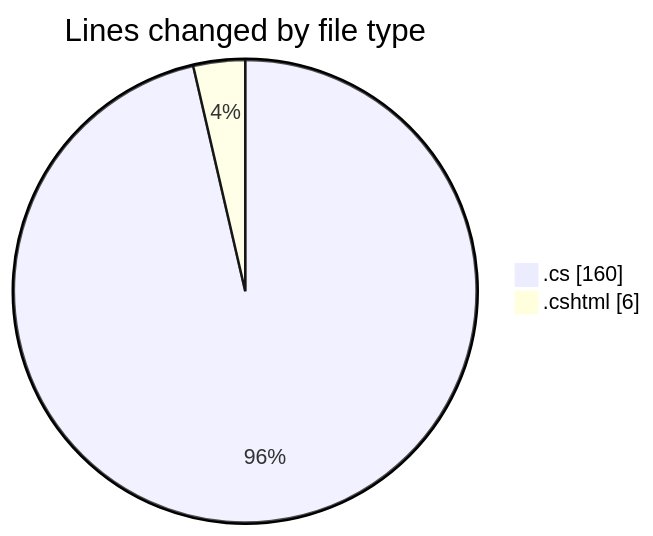
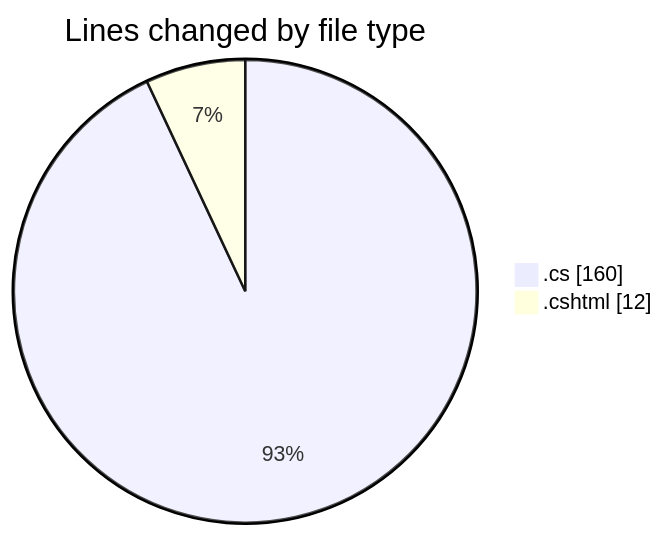
Before and after one commit to lephambinh05/code-tracking: the first of 2 diagrams in 2025-07-16/nhahang/README.md, drawn with Mermaid. The commit also changed other lines of this file and 1 other file, not shown here.

````diff
--- a/2025-07-16/nhahang/README.md
+++ b/2025-07-16/nhahang/README.md
@@ -25,6 +25,6 @@
 ```mermaid
 pie showData
 title Lines changed by file type
 ".cs" : 160
-".cshtml" : 6
+".cshtml" : 12
 ```
````
